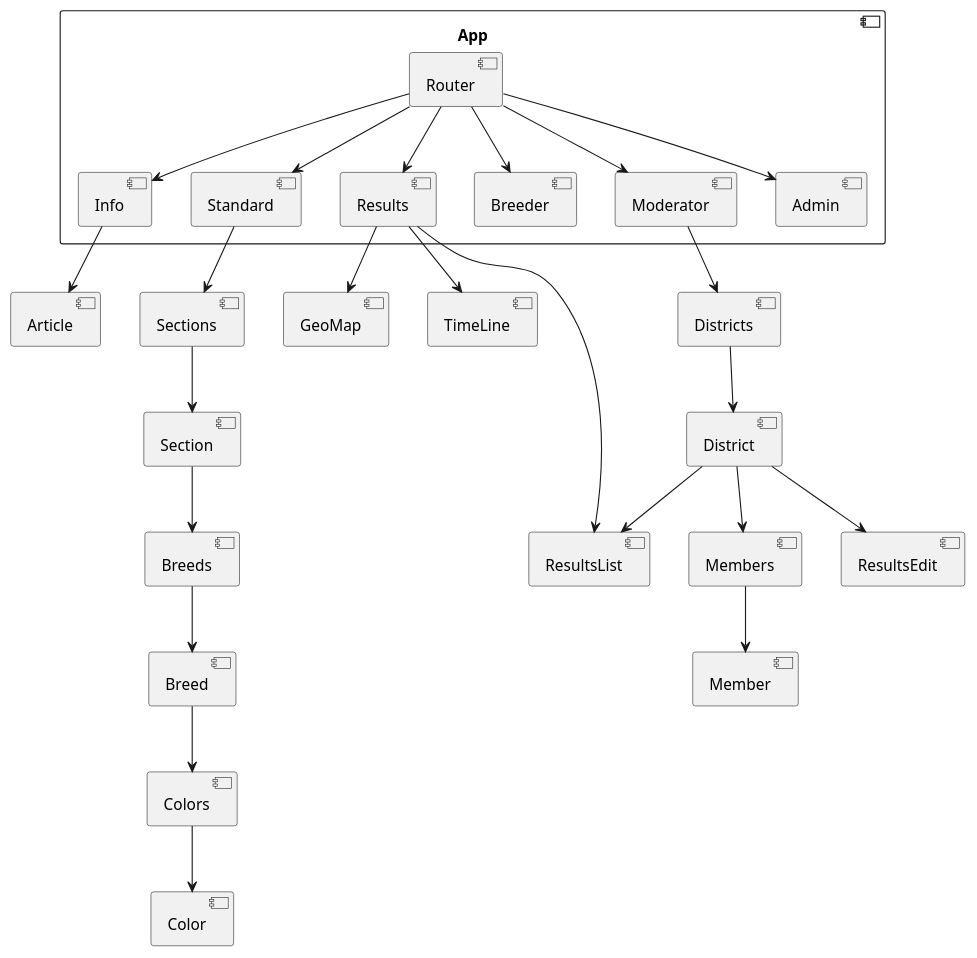
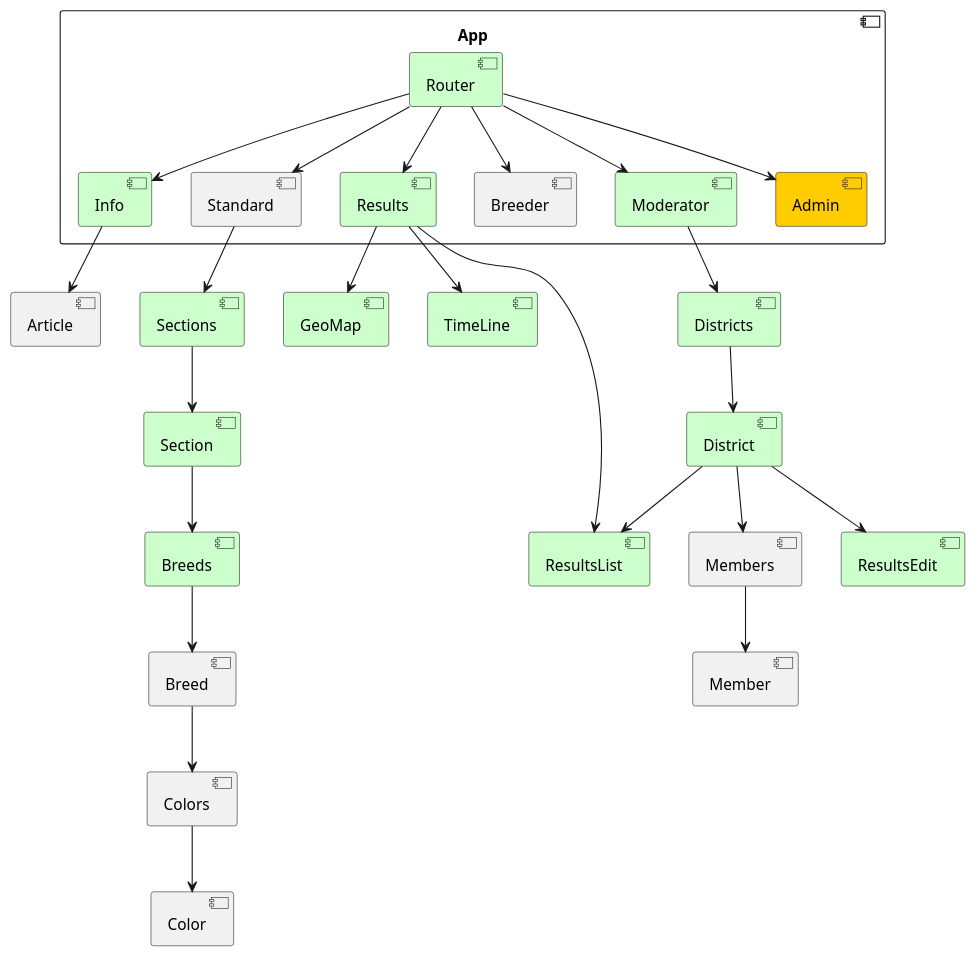
The first of 2 diagrams in doc/Technical Design.md (RGZuchtbuch/ZBOnline), drawn with PlantUML before and after one commit. The commit also changed other lines of this file and 25 other files, not shown here.

Commit message:
Added pie chart and debugged Tiomeline for section query ( type 1 for sectionId)

````diff
--- a/doc/Technical Design.md
+++ b/doc/Technical Design.md
@@ -20,53 +20,53 @@
 ```puml
 
     component Article
-    component GeoMap
-    component TimeLine
-    component Districts
-    component District
-    component Members
+    component GeoMap #cfc
+    component TimeLine #cfc
+    component Districts #cfc
+    component District #cfc
+    component Members 
     component Member
-    component ResultsList
-    component ResultsEdit
-    component Sections
-    component Section
-    component Breeds
-    component Breed
+    component ResultsList #cfc
+    component ResultsEdit #cfc
+    component Sections #cfc
+    component Section #cfc
+    component Breeds #cfc
+    component Breed 
     component Colors
     component Color
     
     component App {
-        component Router
-        component Info
+        component Router #cfc 
+        component Info #cfc
         component Standard
-        component Results
+        component Results #cfc
         component Breeder
-        component Moderator
-        component Admin
+        component Moderator #cfc
+        component Admin #fc0
     }
     
     Router --> Info
     Router --> Standard
     Router --> Results
     Router --> Breeder 
     Router --> Moderator
     Router --> Admin
     
     Info -d-> Article
     Standard -d-> Sections
     Sections-d-> Section
     Section -d-> Breeds
     Breeds -d-> Breed
     Breed -d-> Colors
     Colors -d-> Color
     
     Results -d-> GeoMap
     Results -d-> TimeLine
     Results -d-> ResultsList
     Moderator -d-> Districts
     Districts -d-> District
     District -d-> Members
     District -d-> ResultsList
     District -d-> ResultsEdit
     Members -d-> Member
 ```
````
